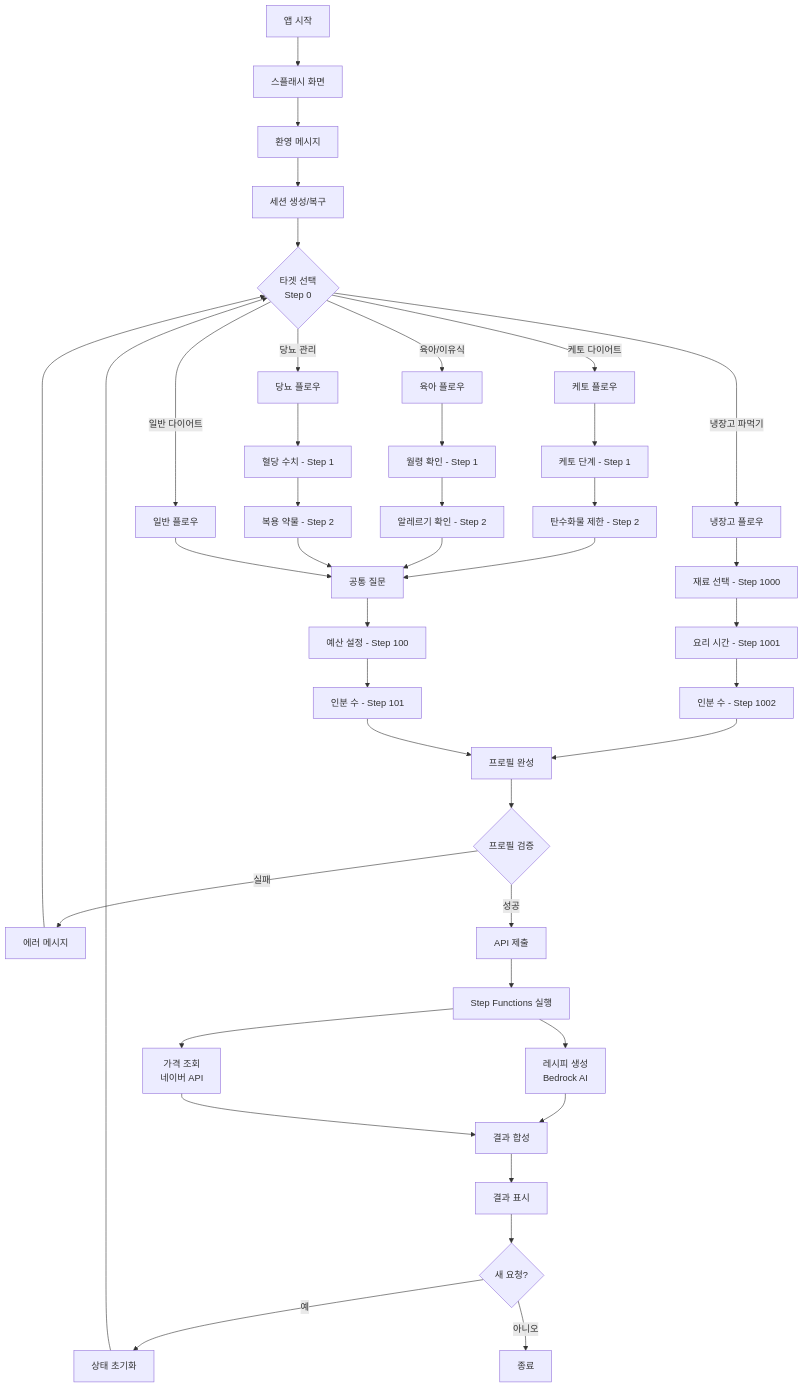
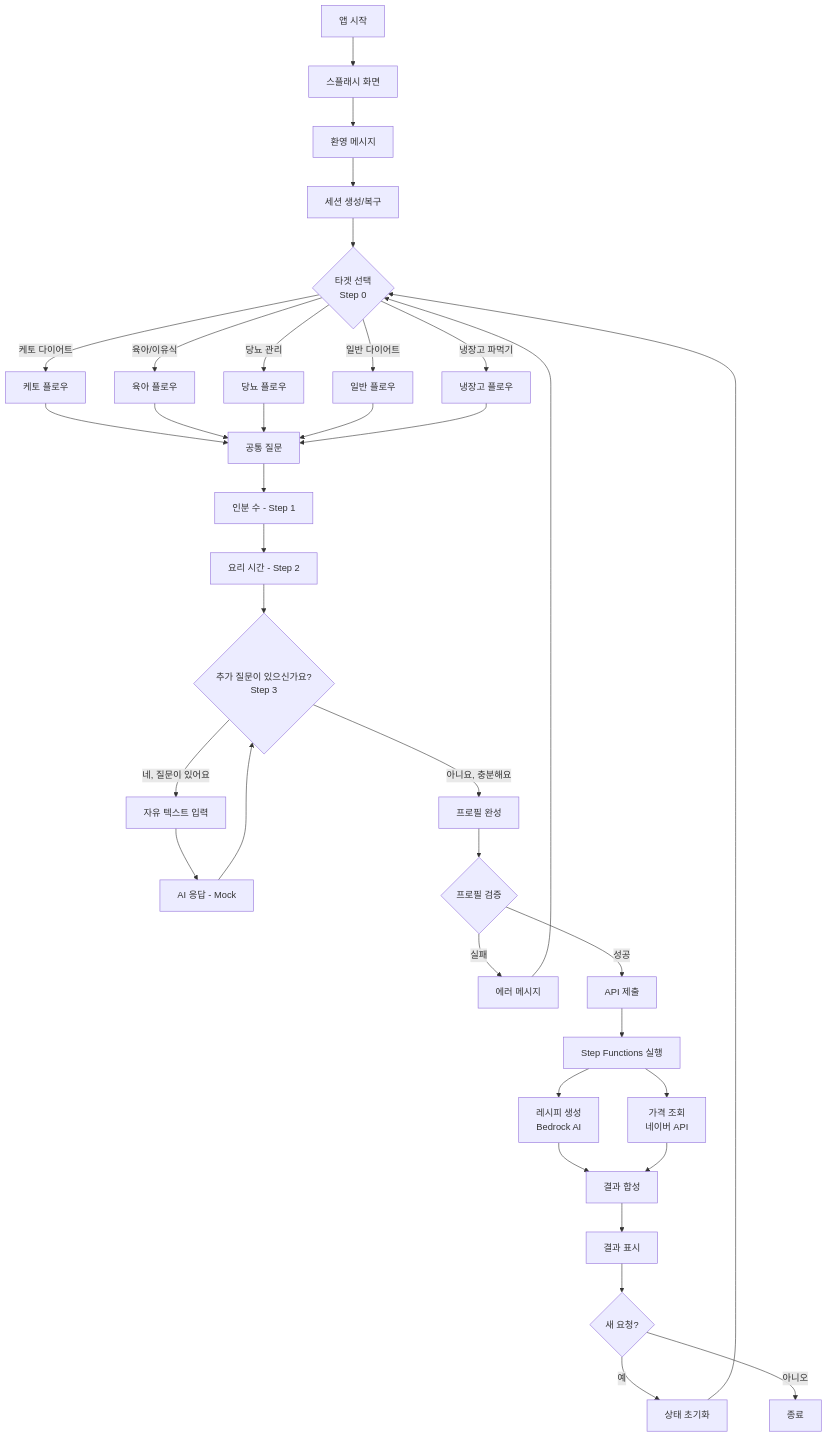
The first of 10 diagrams in docs/flows/CONVERSATION_FLOW.md (awsqhackathonXddeokssang/team21-aws-hackathon), drawn with Mermaid before and after one commit. The commit also changed other lines of this file, not shown here.

Commit message:
Update conversation flow docs to reflect current simplified implementation with infinite additional questions

````diff
--- a/docs/flows/CONVERSATION_FLOW.md
+++ b/docs/flows/CONVERSATION_FLOW.md
@@ -9,56 +9,49 @@
 ```mermaid
 graph TD
     Start[앱 시작] --> Splash[스플래시 화면]
     Splash --> Welcome[환영 메시지]
     Welcome --> Session[세션 생성/복구]
     
     Session --> Target{타겟 선택<br/>Step 0}
     
     Target -->|케토 다이어트| KetoFlow[케토 플로우]
     Target -->|육아/이유식| BabyFlow[육아 플로우]
     Target -->|당뇨 관리| DiabetesFlow[당뇨 플로우]
     Target -->|일반 다이어트| GeneralFlow[일반 플로우]
     Target -->|냉장고 파먹기| FridgeFlow[냉장고 플로우]
     
-    KetoFlow --> KetoPhase[케토 단계 - Step 1]
-    KetoPhase --> KetoCarb[탄수화물 제한 - Step 2]
-    KetoCarb --> CommonFlow[공통 질문]
+    KetoFlow --> CommonFlow[공통 질문]
+    BabyFlow --> CommonFlow
+    DiabetesFlow --> CommonFlow
+    GeneralFlow --> CommonFlow
+    FridgeFlow --> CommonFlow
     
-    BabyFlow --> BabyMonth[월령 확인 - Step 1]
-    BabyMonth --> BabyAllergy[알레르기 확인 - Step 2]
-    BabyAllergy --> CommonFlow
+    CommonFlow --> Serving[인분 수 - Step 1]
+    Serving --> CookTime[요리 시간 - Step 2]
+    CookTime --> AdditionalQ{추가 질문이 있으신가요?<br/>Step 3}
     
-    DiabetesFlow --> DiabetesBlood[혈당 수치 - Step 1]
-    DiabetesBlood --> DiabetesMed[복용 약물 - Step 2]
-    DiabetesMed --> CommonFlow
+    AdditionalQ -->|네, 질문이 있어요| TextInput[자유 텍스트 입력]
+    TextInput --> AIResponse[AI 응답 - Mock]
+    AIResponse --> AdditionalQ
     
-    GeneralFlow --> CommonFlow
-    
-    FridgeFlow --> FridgeIngredient[재료 선택 - Step 1000]
-    FridgeIngredient --> FridgeTime[요리 시간 - Step 1001]
-    FridgeTime --> FridgeServing[인분 수 - Step 1002]
-    FridgeServing --> ProfileComplete[프로필 완성]
-    
-    CommonFlow --> Budget[예산 설정 - Step 100]
-    Budget --> Serving[인분 수 - Step 101]
-    Serving --> ProfileComplete
+    AdditionalQ -->|아니요, 충분해요| ProfileComplete[프로필 완성]
     
     ProfileComplete --> Validation{프로필 검증}
     Validation -->|실패| ErrorMsg[에러 메시지]
     ErrorMsg --> Target
     
     Validation -->|성공| Submit[API 제출]
     Submit --> StepFunction[Step Functions 실행]
     
     StepFunction --> RecipeGen[레시피 생성<br/>Bedrock AI]
     StepFunction --> PriceCheck[가격 조회<br/>네이버 API]
     
     RecipeGen --> Combine[결과 합성]
     PriceCheck --> Combine
     
     Combine --> Result[결과 표시]
     Result --> NewRequest{새 요청?}
     NewRequest -->|예| Reset[상태 초기화]
     NewRequest -->|아니오| End[종료]
     Reset --> Target
 ```
````
